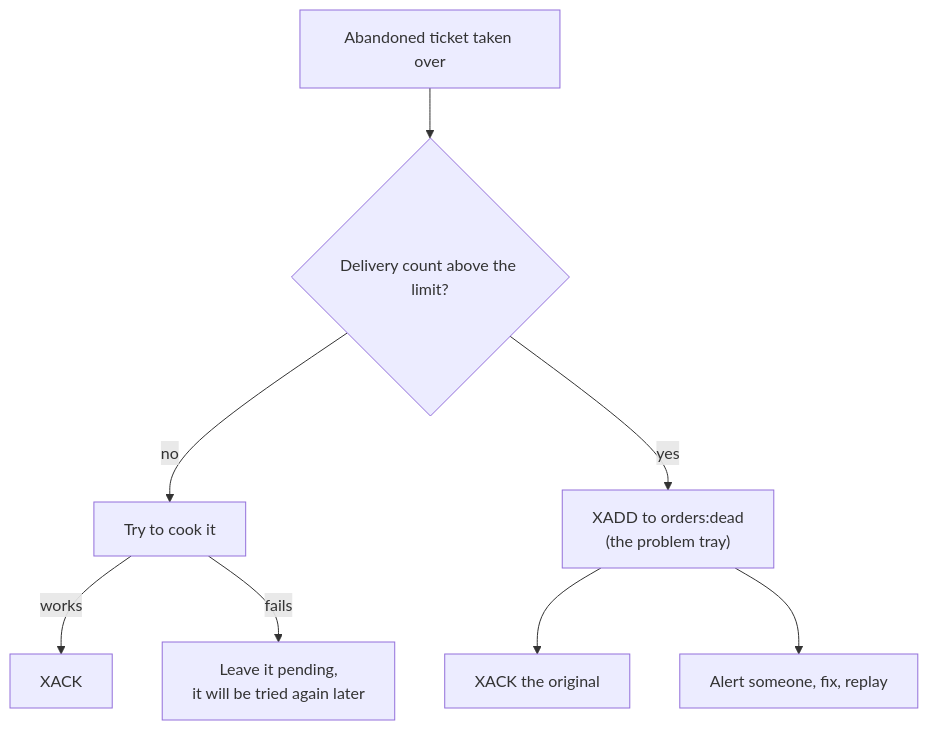
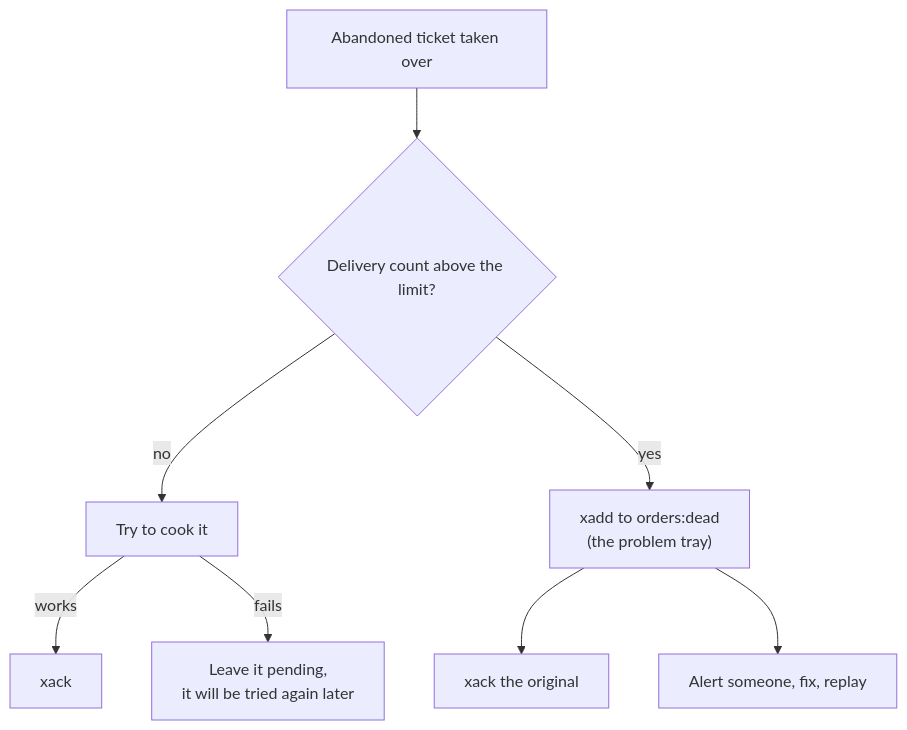
Diagram 21 of 31 in redis.md (selvakumarperumal/Regulatory_Circular_Impact_Agent), drawn with Mermaid before and after one commit. The commit also changed other lines of this file, not shown here.

````diff
--- a/redis.md
+++ b/redis.md
@@ -1912,10 +2494,10 @@
 ```mermaid
 flowchart TD
     M["Abandoned ticket taken over"] --> D{"Delivery count above the limit?"}
     D -- "no" --> T["Try to cook it"]
-    T -- "works" --> ACK["XACK"]
+    T -- "works" --> ACK["xack"]
     T -- "fails" --> STAY["Leave it pending,<br/>it will be tried again later"]
-    D -- "yes" --> DLQ["XADD to orders:dead<br/>(the problem tray)"]
-    DLQ --> ACK2["XACK the original"]
+    D -- "yes" --> DLQ["xadd to orders:dead<br/>(the problem tray)"]
+    DLQ --> ACK2["xack the original"]
     DLQ --> AL["Alert someone, fix, replay"]
 ```
````
